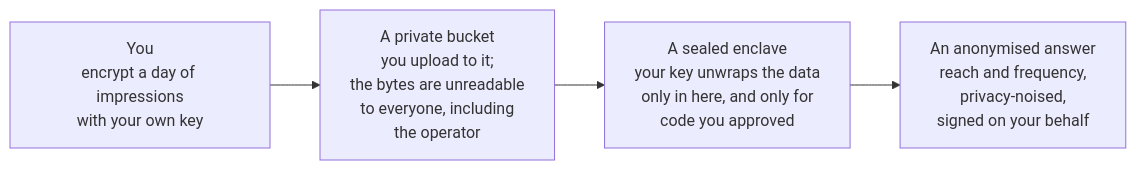
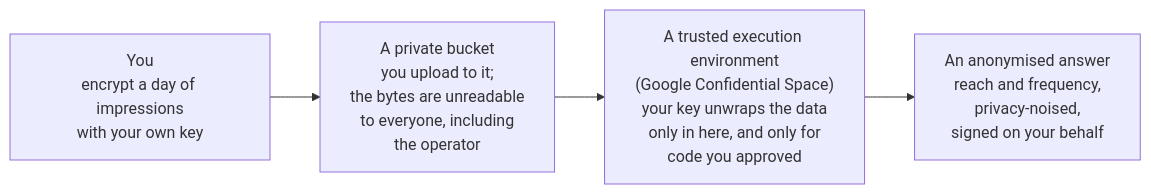
Before and after one commit to world-federation-of-advertisers/cross-media-measurement: the first of 3 diagrams in docs/edpaggregator/README.md, drawn with Mermaid. The commit also changed other lines of this file, not shown here.

````diff
--- a/docs/edpaggregator/README.md
+++ b/docs/edpaggregator/README.md
@@ -67,8 +62,8 @@
 ```mermaid
 flowchart LR
   A["You<br/>encrypt a day of impressions<br/>with your own key"]
   B["A private bucket<br/>you upload to it;<br/>the bytes are unreadable<br/>to everyone, including<br/>the operator"]
-  C["A sealed enclave<br/>your key unwraps the data<br/>only in here, and only for<br/>code you approved"]
+  C["A trusted execution environment<br/>(Google Confidential Space)<br/>your key unwraps the data<br/>only in here, and only for<br/>code you approved"]
   D["An anonymised answer<br/>reach and frequency,<br/>privacy-noised,<br/>signed on your behalf"]
   A --> B --> C --> D
 ```
````
